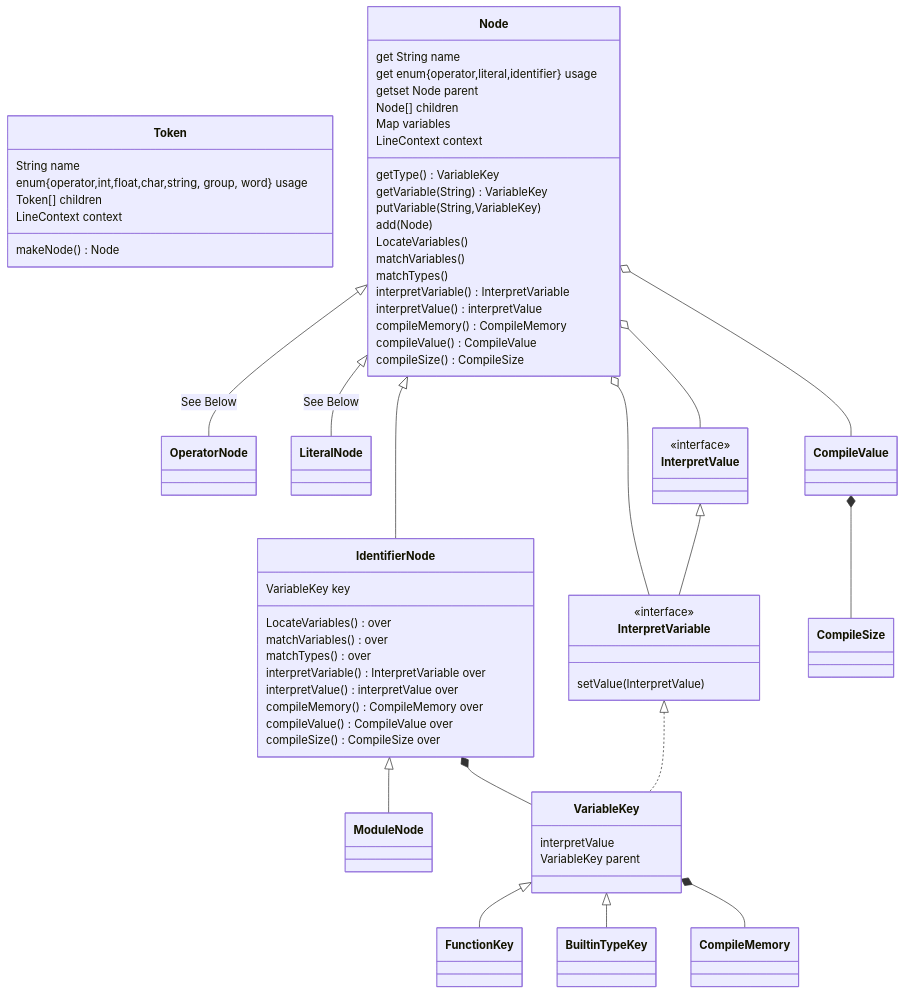
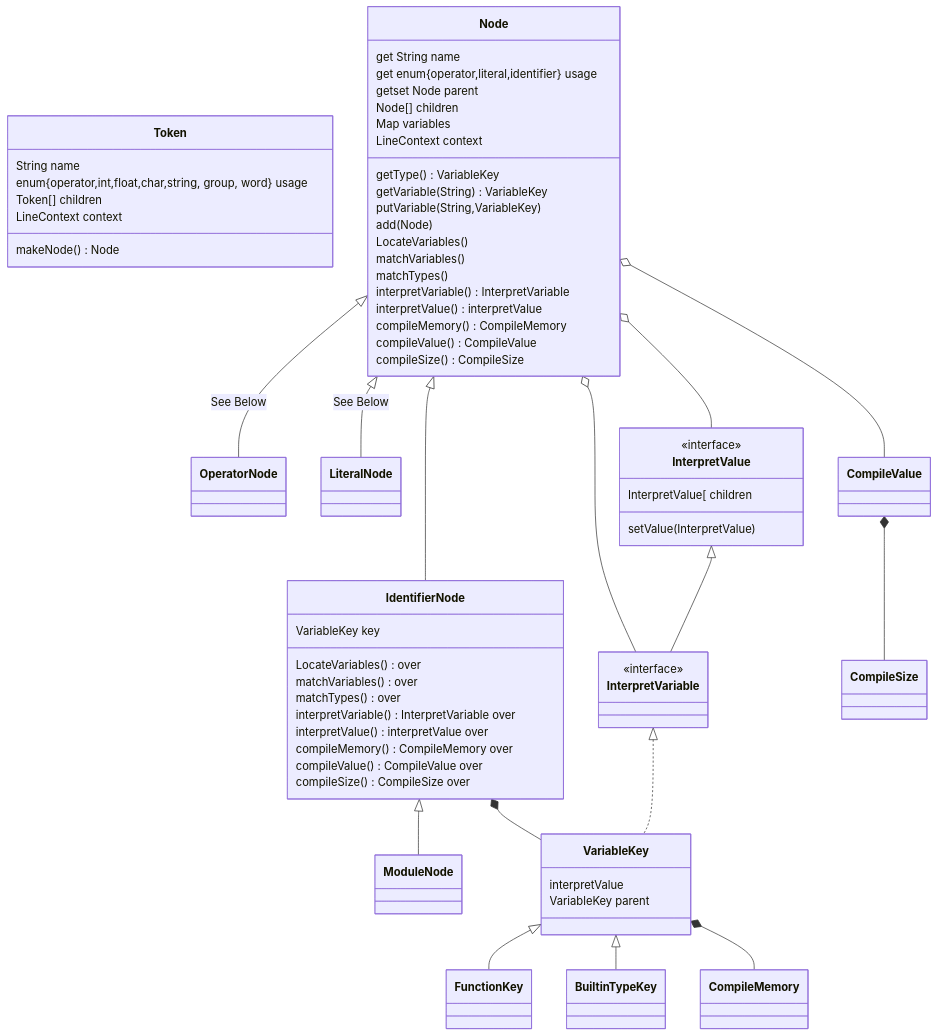
The first of 4 diagrams in Implementation.md (Jzhyang1/Monomer), drawn with Mermaid before and after one commit. The commit also changed other lines of this file, not shown here.

Commit message:
Implementation.md updated from https://stackedit.io/

````diff
--- a/Implementation.md
+++ b/Implementation.md
@@ -59,61 +59,62 @@
 ```mermaid
 classDiagram
 class Token
 
 Node <|-- OperatorNode: See Below
 Node <|-- LiteralNode: See Below
 Node <|-- IdentifierNode
 Node o-- InterpretVariable
 Node o-- InterpretValue
 IdentifierNode <|-- ModuleNode
 IdentifierNode *-- VariableKey
 VariableKey <|-- FunctionKey
 VariableKey <|-- BuiltinTypeKey
 VariableKey *-- CompileMemory
 InterpretValue <|-- InterpretVariable
 InterpretVariable <|.. VariableKey
 CompileValue *-- CompileSize
 Node o-- CompileValue
 
 Token: String name
 Token: enum{operator,int,float,char,string, group, word} usage
 Token: Token[] children
 Token: LineContext context
 Token: makeNode() Node
 
 Node: get String name
 Node: get enum{operator,literal,identifier} usage
 Node: getset Node parent
 Node: Node[] children
 Node: Map<String, VariableKey> variables
 Node: LineContext context
 Node: getType() VariableKey
 Node: getVariable(String) VariableKey
 Node: putVariable(String,VariableKey)
 Node: add(Node)
 Node: LocateVariables()
 Node: matchVariables()
 Node: matchTypes()
 Node: interpretVariable() InterpretVariable
 Node: interpretValue() interpretValue
 Node: compileMemory() CompileMemory
 Node: compileValue() CompileValue
 Node: compileSize() CompileSize
 
 IdentifierNode: VariableKey key
 IdentifierNode: LocateVariables() over
 IdentifierNode: matchVariables() over
 IdentifierNode: matchTypes() over
 IdentifierNode: interpretVariable() InterpretVariable over
 IdentifierNode: interpretValue() interpretValue over
 IdentifierNode: compileMemory() CompileMemory over
 IdentifierNode: compileValue() CompileValue over
 IdentifierNode: compileSize() CompileSize over
 
 <<interface>> InterpretValue
+InterpretValue: InterpretValue[ children
+InterpretValue: setValue(InterpretValue)
 <<interface>> InterpretVariable
-InterpretVariable: setValue(InterpretValue)
 
 VariableKey: interpretValue
 VariableKey: VariableKey parent
 ```
````
